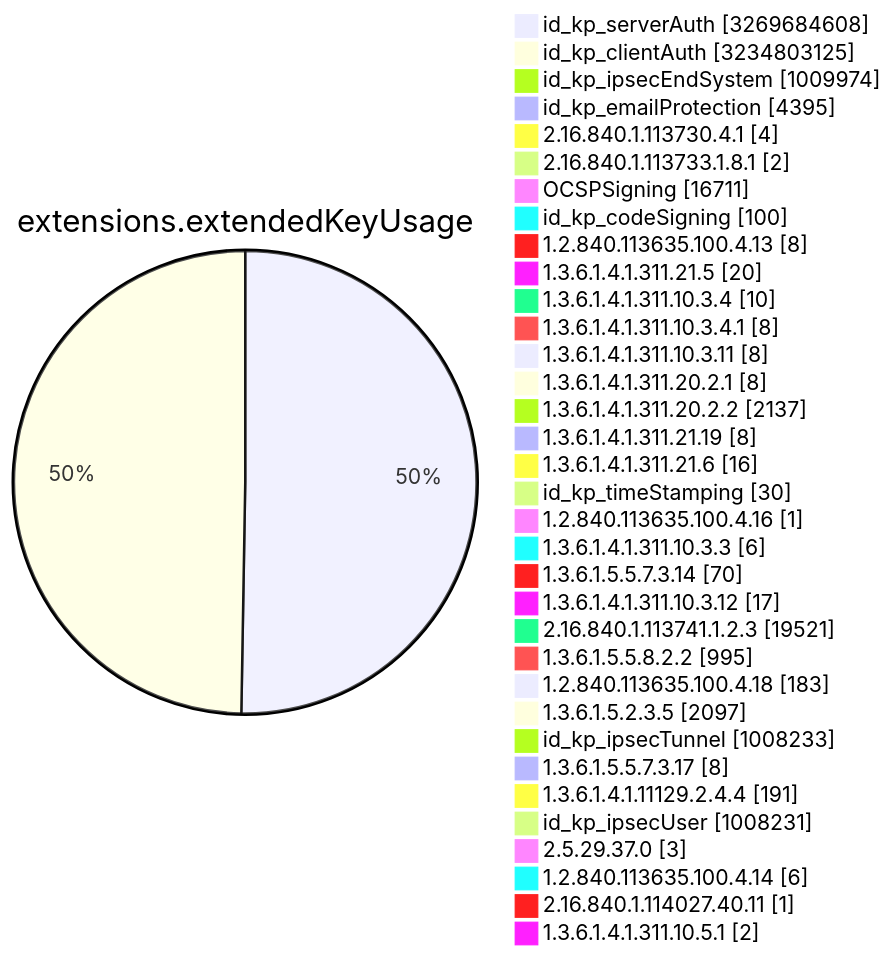
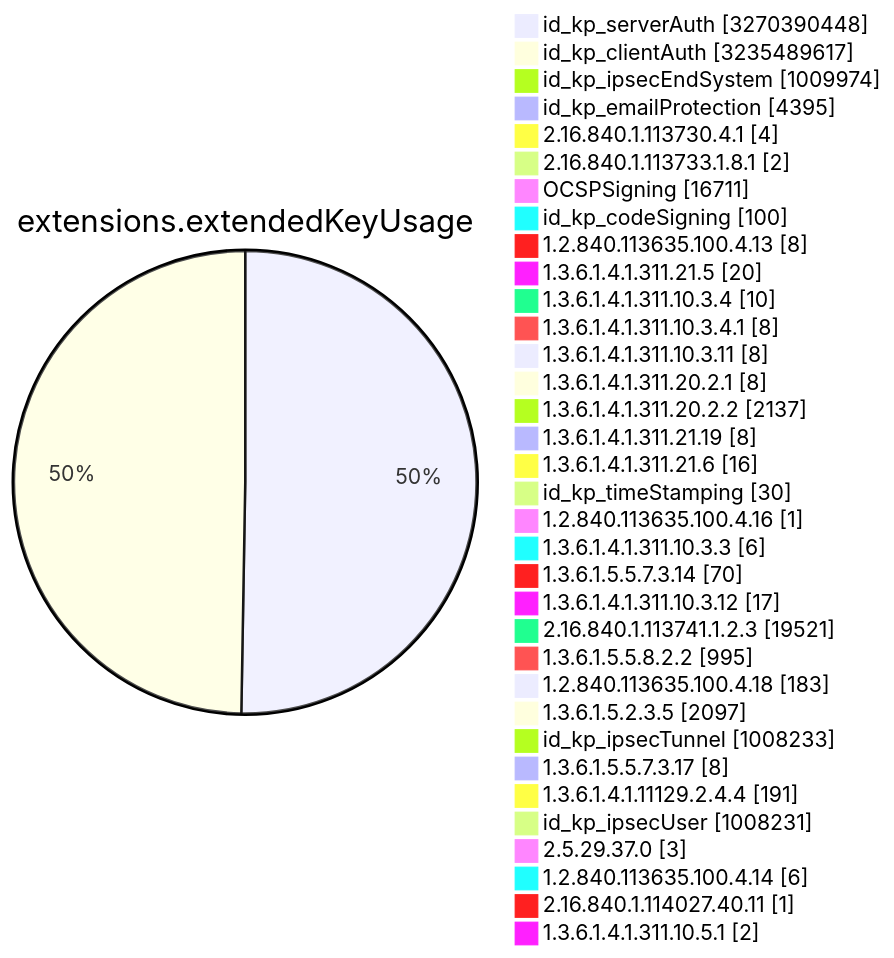
Diagram 11 of 15 in TOTAL/README.md (christiankrug/ctmonitor_visualization), drawn with Mermaid before and after one commit. The commit also changed other lines of this file, not shown here.

````diff
--- a/TOTAL/README.md
+++ b/TOTAL/README.md
@@ -4119,38 +4119,38 @@
 ```mermaid
 pie showData
 title extensions.extendedKeyUsage
-"id_kp_serverAuth" :3269684608
-"id_kp_clientAuth" :3234803125
+"id_kp_serverAuth" :3270390448
+"id_kp_clientAuth" :3235489617
 "id_kp_ipsecEndSystem" :1009974
 "id_kp_emailProtection" :4395
 "2.16.840.1.113730.4.1" :4
 "2.16.840.1.113733.1.8.1" :2
 "OCSPSigning" :16711
 "id_kp_codeSigning" :100
 "1.2.840.113635.100.4.13" :8
 "1.3.6.1.4.1.311.21.5" :20
 "1.3.6.1.4.1.311.10.3.4" :10
 "1.3.6.1.4.1.311.10.3.4.1" :8
 "1.3.6.1.4.1.311.10.3.11" :8
 "1.3.6.1.4.1.311.20.2.1" :8
 "1.3.6.1.4.1.311.20.2.2" :2137
 "1.3.6.1.4.1.311.21.19" :8
 "1.3.6.1.4.1.311.21.6" :16
 "id_kp_timeStamping" :30
 "1.2.840.113635.100.4.16" :1
 "1.3.6.1.4.1.311.10.3.3" :6
 "1.3.6.1.5.5.7.3.14" :70
 "1.3.6.1.4.1.311.10.3.12" :17
 "2.16.840.1.113741.1.2.3" :19521
 "1.3.6.1.5.5.8.2.2" :995
 "1.2.840.113635.100.4.18" :183
 "1.3.6.1.5.2.3.5" :2097
 "id_kp_ipsecTunnel" :1008233
 "1.3.6.1.5.5.7.3.17" :8
 "1.3.6.1.4.1.11129.2.4.4" :191
 "id_kp_ipsecUser" :1008231
 "2.5.29.37.0" :3
 "1.2.840.113635.100.4.14" :6
 "2.16.840.1.114027.40.11" :1
 "1.3.6.1.4.1.311.10.5.1" :2
 ```
````
